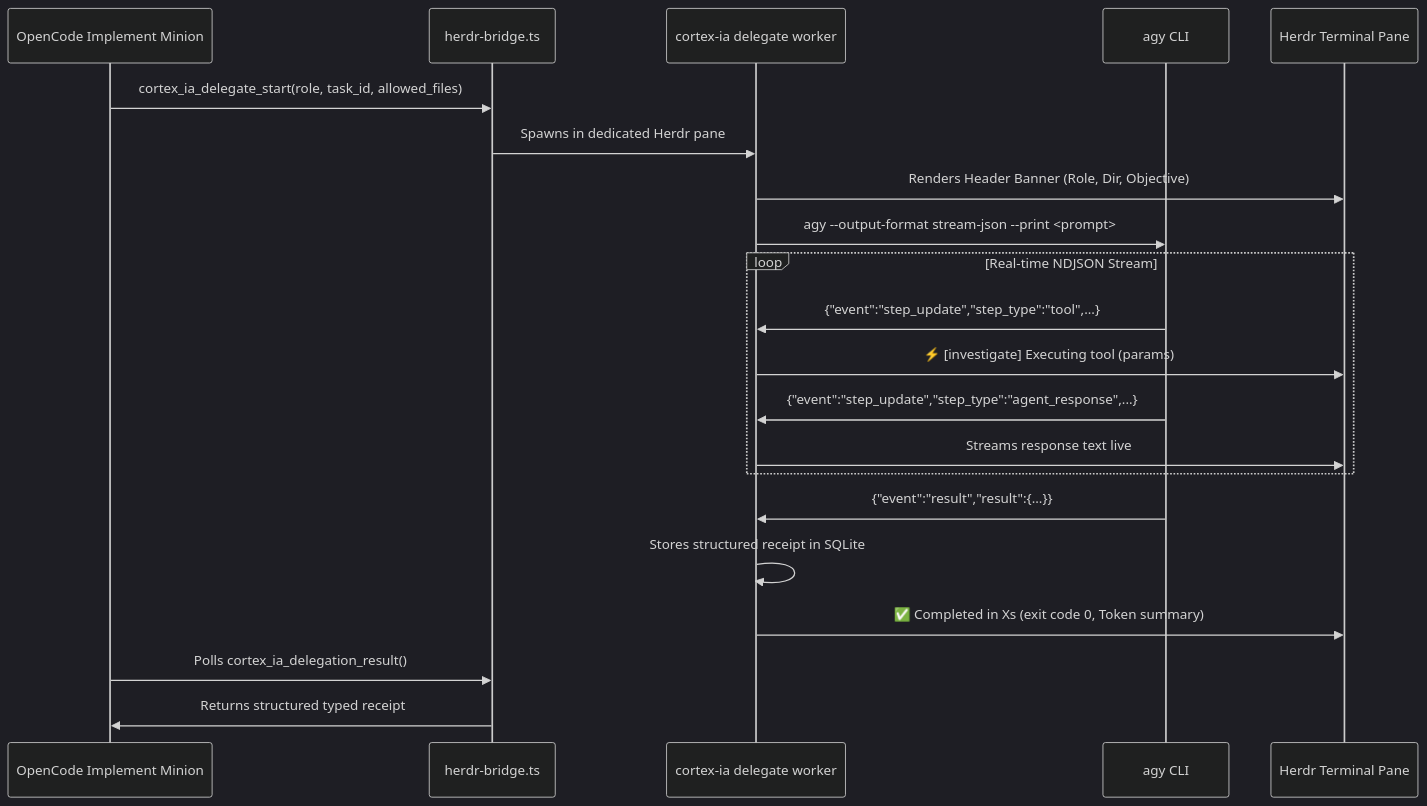
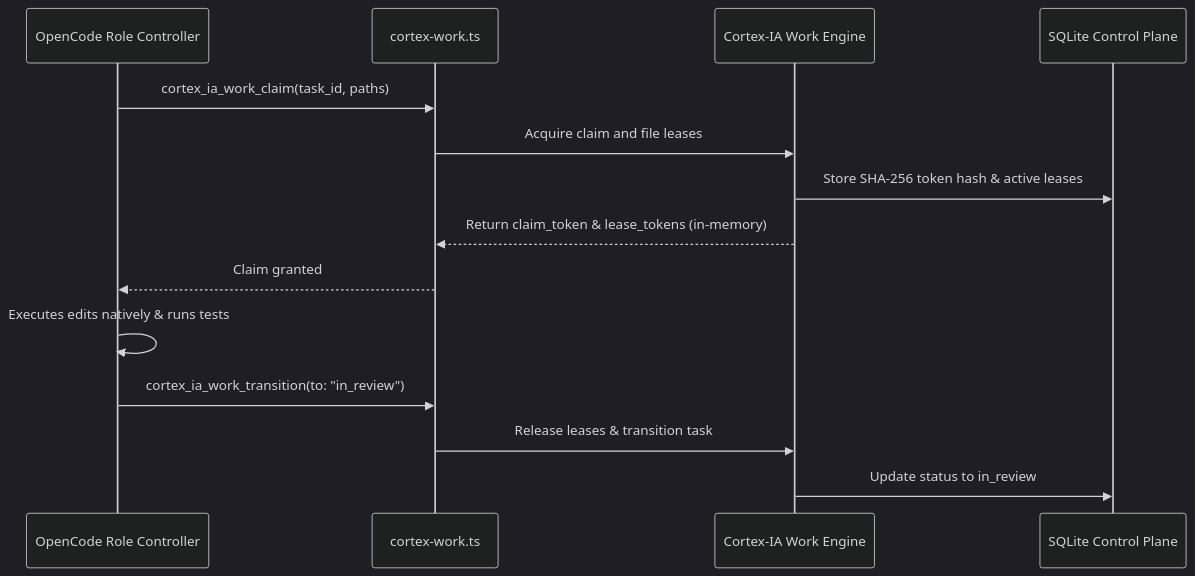
One commit to lleontor705/cortex-ia changed the diagram in docs/architecture.md. Above: the diagram before and after it, drawn with Mermaid (dark theme). The commit also changed other lines of this file and 66 other files, not shown here.

Commit message:
feat: add cortex-ia agent definitions, plugins, TUI components, and testing infrastructure

````diff
--- a/docs/architecture.md
+++ b/docs/architecture.md
@@ -93,26 +93,17 @@
 ```mermaid
 sequenceDiagram
-    participant OpenCode as OpenCode Implement Minion
-    participant Bridge as herdr-bridge.ts
-    participant CLI as cortex-ia delegate worker
-    participant Engine as agy CLI
-    participant Pane as Herdr Terminal Pane
+    participant OpenCode as OpenCode Role Controller
+    participant Bridge as cortex-work.ts
+    participant WorkEngine as Cortex-IA Work Engine
+    participant SQLite as SQLite Control Plane
 
-    OpenCode->>Bridge: cortex_ia_delegate_start(role, task_id, allowed_files)
-    Bridge->>CLI: Spawns in dedicated Herdr pane
-    CLI->>Pane: Renders Header Banner (Role, Dir, Objective)
-    CLI->>Engine: agy --output-format stream-json --print <prompt>
-    
-    loop Real-time NDJSON Stream
-        Engine->>CLI: {"event":"step_update","step_type":"tool",...}
-        CLI->>Pane: ⚡ [investigate] Executing tool (params)
-        Engine->>CLI: {"event":"step_update","step_type":"agent_response",...}
-        CLI->>Pane: Streams response text live
-    end
-
-    Engine->>CLI: {"event":"result","result":{...}}
-    CLI->>CLI: Stores structured receipt in SQLite
-    CLI->>Pane: ✅ Completed in Xs (exit code 0, Token summary)
-    OpenCode->>Bridge: Polls cortex_ia_delegation_result()
-    Bridge->>OpenCode: Returns structured typed receipt
+    OpenCode->>Bridge: cortex_ia_work_claim(task_id, paths)
+    Bridge->>WorkEngine: Acquire claim and file leases
+    WorkEngine->>SQLite: Store SHA-256 token hash & active leases
+    WorkEngine-->>Bridge: Return claim_token & lease_tokens (in-memory)
+    Bridge-->>OpenCode: Claim granted
+    OpenCode->>OpenCode: Executes edits natively & runs tests
+    OpenCode->>Bridge: cortex_ia_work_transition(to: "in_review")
+    Bridge->>WorkEngine: Release leases & transition task
+    WorkEngine->>SQLite: Update status to in_review
 ```
````
